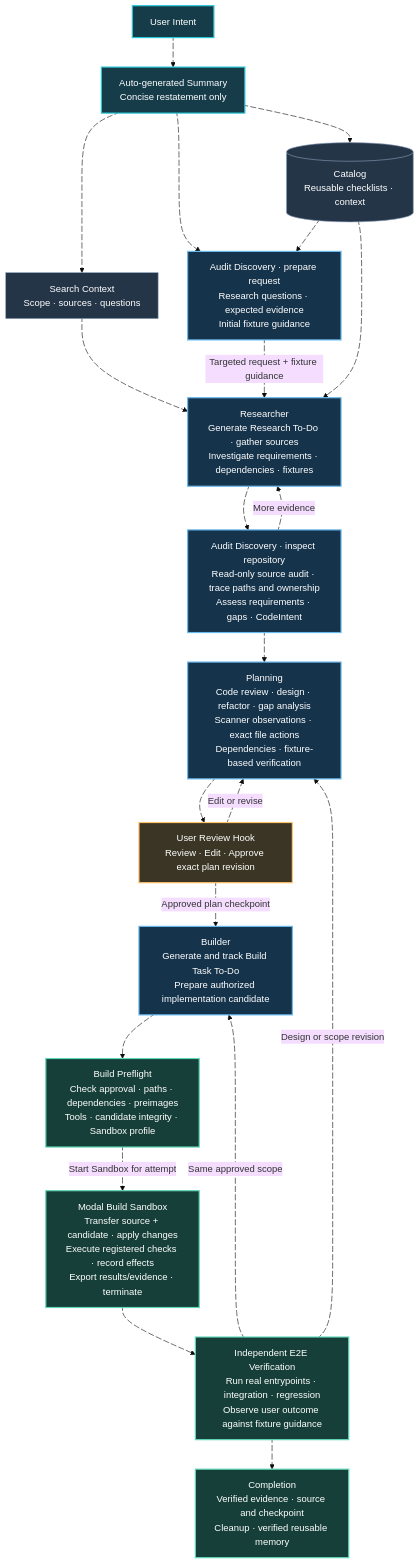
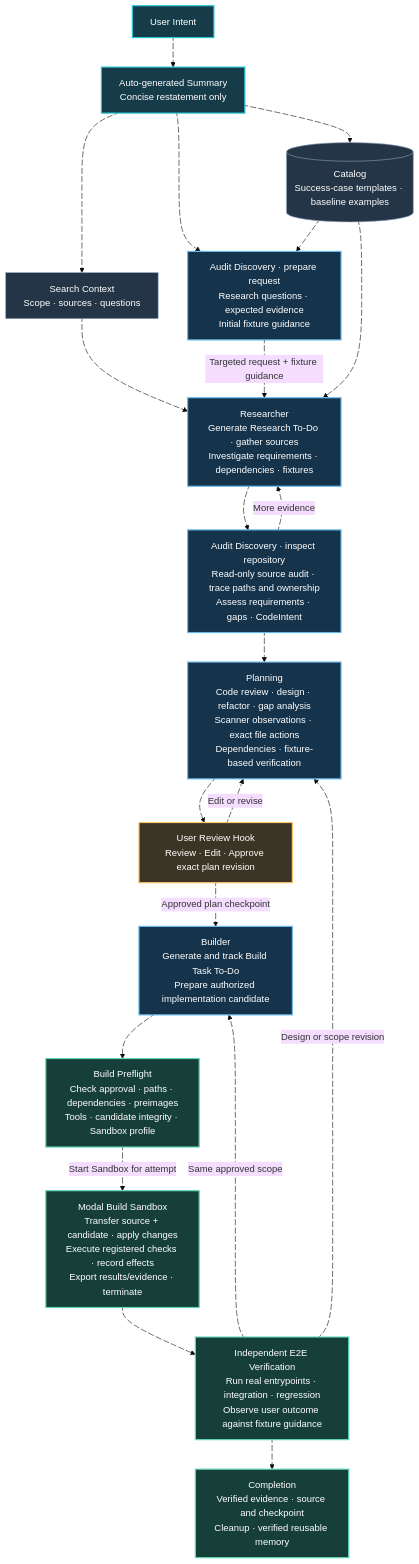
One commit to itz1508/OneShot-Continuing changed the first of 2 diagrams in README.md. Above: the diagram before and after it, drawn with Mermaid (base theme). The commit also changed other lines of this file, not shown here.

Commit message:
docs: describe Catalog precisely as success-case or baseline templates

````diff
--- a/README.md
+++ b/README.md
@@ -20,55 +20,55 @@
 ```mermaid
 flowchart TD
     INPUT["User Intent"] e01@--> INTENT["Auto-generated Summary<br/>Concise restatement only"]
     INTENT e02@--> SEARCH["Search Context<br/>Scope · sources · questions"]
     INTENT e03@--> REQUEST["Audit Discovery · prepare request<br/>Research questions · expected evidence<br/>Initial fixture guidance"]
-    INTENT e04@-.-> CATALOG[("Catalog<br/>Reusable checklists · context")]
+    INTENT e04@-.-> CATALOG[("Catalog<br/>Success-case templates · baseline examples")]
     CATALOG e05@-.-> REQUEST
     CATALOG e06@-.-> RESEARCH
     SEARCH e07@--> RESEARCH["Researcher<br/>Generate Research To-Do · gather sources<br/>Investigate requirements · dependencies · fixtures"]
     REQUEST e08@-->|Targeted request + fixture guidance| RESEARCH
     RESEARCH e09@--> AUDIT["Audit Discovery · inspect repository<br/>Read-only source audit · trace paths and ownership<br/>Assess requirements · gaps · CodeIntent"]
     AUDIT e10@-.->|More evidence| RESEARCH
     AUDIT e11@--> PLAN["Planning<br/>Code review · design · refactor · gap analysis<br/>Scanner observations · exact file actions<br/>Dependencies · fixture-based verification"]
     PLAN e12@--> REVIEW["User Review Hook<br/>Review · Edit · Approve exact plan revision"]
     REVIEW e13@-.->|Edit or revise| PLAN
     REVIEW e14@-->|Approved plan checkpoint| BUILDER["Builder<br/>Generate and track Build Task To-Do<br/>Prepare authorized implementation candidate"]
     BUILDER e15@--> PRE["Build Preflight<br/>Check approval · paths · dependencies · preimages<br/>Tools · candidate integrity · Sandbox profile"]
     PRE e16@-->|Start Sandbox for attempt| MODAL["Modal Build Sandbox<br/>Transfer source + candidate · apply changes<br/>Execute registered checks · record effects<br/>Export results/evidence · terminate"]
     MODAL e17@--> E2E["Independent E2E Verification<br/>Run real entrypoints · integration · regression<br/>Observe user outcome against fixture guidance"]
     E2E e18@-.->|Same approved scope| BUILDER
     E2E e19@-.->|Design or scope revision| PLAN
     E2E e20@--> DONE["Completion<br/>Verified evidence · source and checkpoint<br/>Cleanup · verified reusable memory"]
 
     e01@{ animation: fast }
     e02@{ animation: fast }
     e03@{ animation: fast }
     e07@{ animation: fast }
     e08@{ animation: fast }
     e09@{ animation: fast }
     e11@{ animation: fast }
     e12@{ animation: fast }
     e14@{ animation: fast }
     e15@{ animation: fast }
     e16@{ animation: fast }
     e17@{ animation: fast }
     e20@{ animation: fast }
     e04@{ animation: slow }
     e05@{ animation: slow }
     e06@{ animation: slow }
     e10@{ animation: slow }
     e13@{ animation: slow }
     e18@{ animation: slow }
     e19@{ animation: slow }
 
     classDef intent fill:#163c4a,stroke:#29c8d5,color:#ffffff,stroke-width:2px;
     classDef role fill:#15334b,stroke:#69b9ef,color:#ffffff,stroke-width:2px;
     classDef supporting fill:#243547,stroke:#8fa1bd,color:#ffffff,stroke-width:1px;
     classDef execution fill:#163f39,stroke:#60d8b8,color:#ffffff,stroke-width:2px;
     classDef review fill:#3a3524,stroke:#ffc46b,color:#ffffff,stroke-width:2px;
     class INPUT,INTENT intent;
     class SEARCH,CATALOG supporting;
     class REQUEST,RESEARCH,AUDIT,PLAN,BUILDER role;
     class REVIEW review;
     class PRE,MODAL,E2E,DONE execution;
 ```
````
